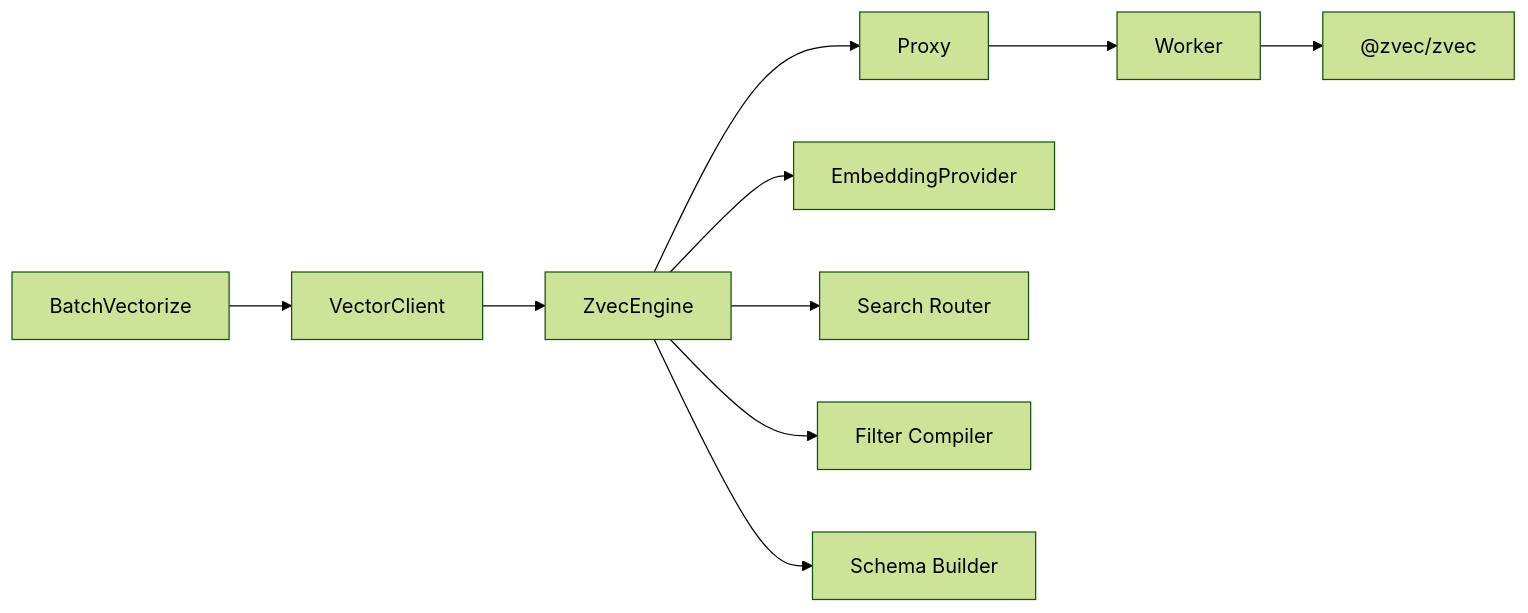
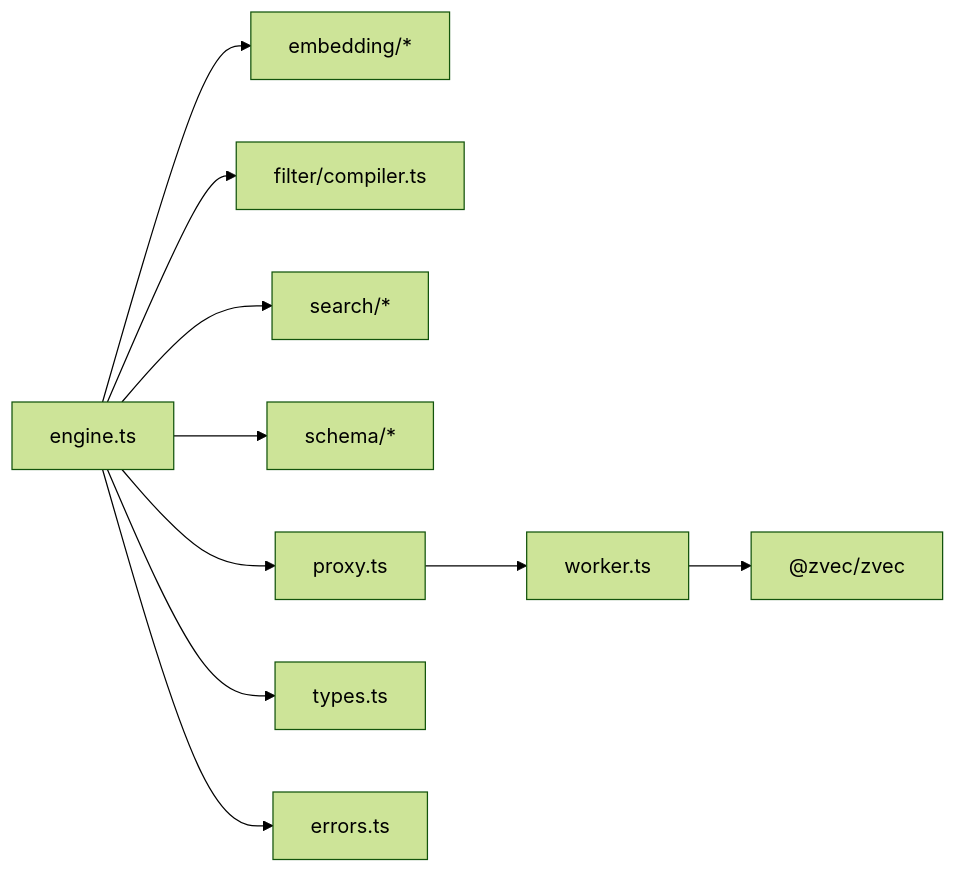
One commit to HACK-WU/kisearch changed the eighth of 8 diagrams in .qoder/repowiki/zh/content/向量引擎架构/向量引擎架构.md. Above: the diagram before and after it, drawn with Mermaid (forest theme). The commit also changed other lines of this file and 623 other files, not shown here.

````diff
--- a/.qoder/repowiki/zh/content/向量引擎架构/向量引擎架构.md
+++ b/.qoder/repowiki/zh/content/向量引擎架构/向量引擎架构.md
@@ -382,12 +328,12 @@
 ```mermaid
 graph LR
-Engine["ZvecEngine"] --> Proxy["Proxy"]
-Engine --> Provider["EmbeddingProvider"]
-Engine --> Router["Search Router"]
-Engine --> Filter["Filter Compiler"]
-Engine --> Schema["Schema Builder"]
-Proxy --> Worker["Worker"]
-Worker --> ZVec["@zvec/zvec"]
-VC["VectorClient"] --> Engine
-BV["BatchVectorize"] --> VC
+Engine["engine.ts"] --> Emb["embedding/*"]
+Engine --> Fil["filter/compiler.ts"]
+Engine --> Ser["search/*"]
+Engine --> Sch["schema/*"]
+Engine --> Prox["proxy.ts"]
+Engine --> Types["types.ts"]
+Engine --> Err["errors.ts"]
+Prox --> Work["worker.ts"]
+Work --> Z["@zvec/zvec"]
 ```
````
